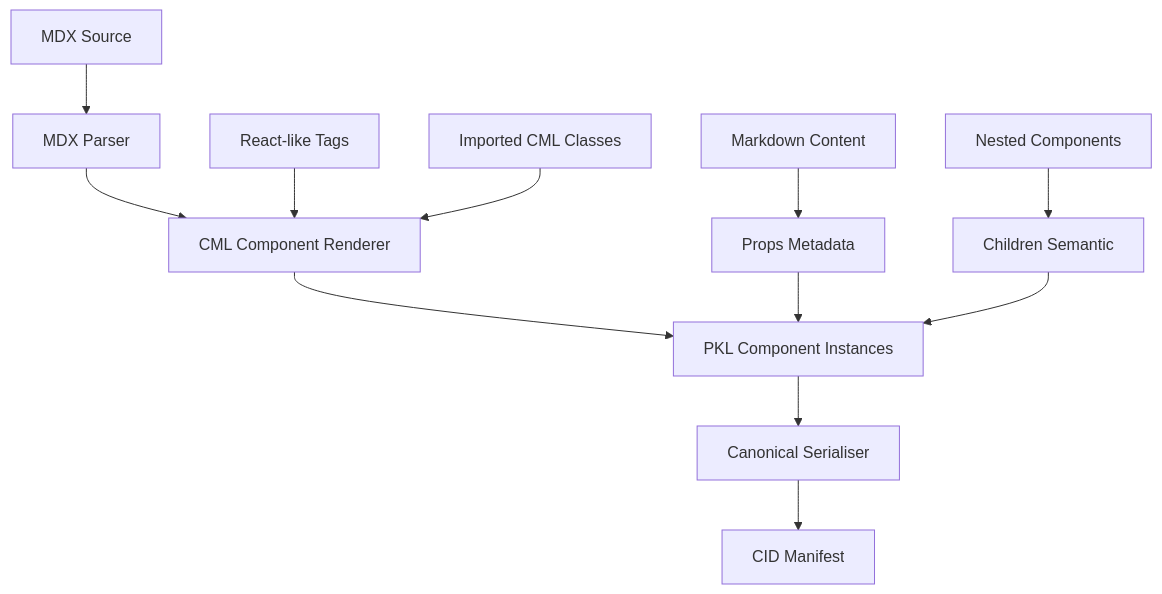
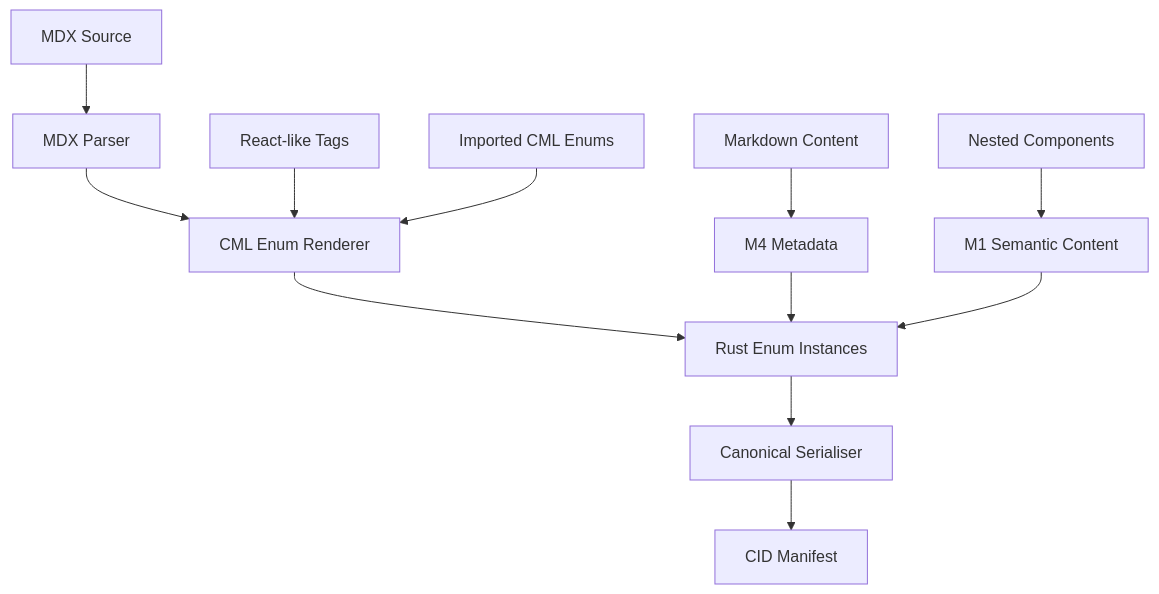
Before and after one commit to yumin-chen/cml: the second of 4 diagrams in docs/architecture/serialiser.design.md, drawn with Mermaid. The commit also changed other lines of this file and 3 other files, not shown here.

````diff
--- a/docs/architecture/serialiser.design.md
+++ b/docs/architecture/serialiser.design.md
@@ -87,15 +404,15 @@
 ```mermaid
 graph TD
     A[MDX Source] --> B[MDX Parser]
-    B --> C[CML Component Renderer]
-    C --> D[PKL Component Instances]
+    B --> C[CML Enum Renderer]
+    C --> D[Rust Enum Instances]
     D --> E[Canonical Serialiser]
     E --> F[CID Manifest]
     
     G[React-like Tags] --> C
-    H[Imported CML Classes] --> C
-    I[Markdown Content] --> J[Props Metadata]
+    H[Imported CML Enums] --> C
+    I[Markdown Content] --> J[M4 Metadata]
     J --> D
-    K[Nested Components] --> L[Children Semantic]
+    K[Nested Components] --> L[M1 Semantic Content]
     L --> D
 ```
````
